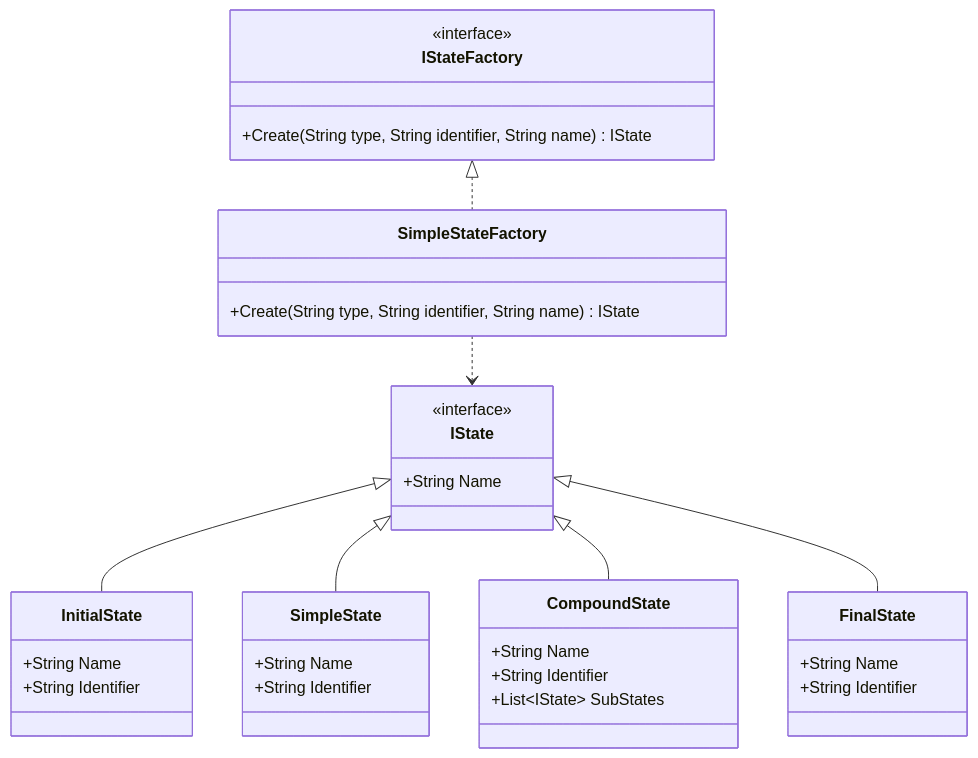
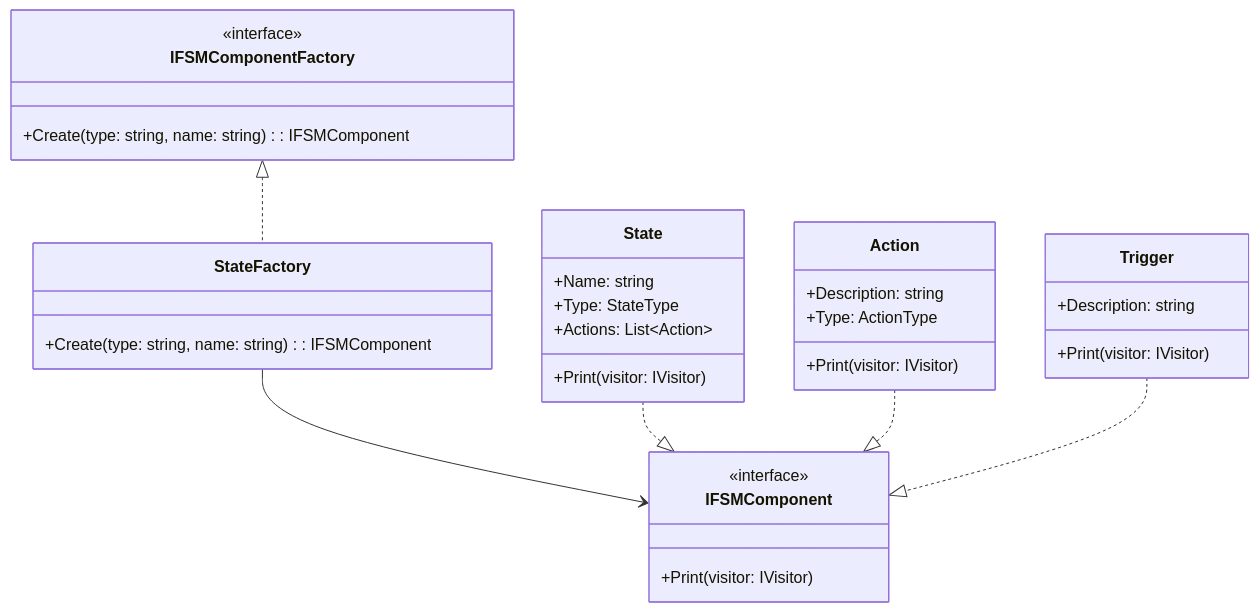
One commit to Barthol1/Avans-DPAT-2425 changed the third of 6 diagrams in README.md. Above: the diagram before and after it, drawn with Mermaid. The commit also changed other lines of this file and 8 other files, not shown here.

````diff
--- a/README.md
+++ b/README.md
@@ -280,44 +234,40 @@
 ```mermaid
 classDiagram
-    class IStateFactory {
+    class IFSMComponentFactory {
         <<interface>>
-        +Create(String type, String identifier, String name) IState
+        +Create(type: string, name: string): IFSMComponent
     }
-    
-    class SimpleStateFactory {
-        +Create(String type, String identifier, String name) IState
+
+    class StateFactory {
+        +Create(type: string, name: string): IFSMComponent
     }
-    
-    class IState {
+
+    class IFSMComponent {
         <<interface>>
-        +String Name
+        +Print(visitor: IVisitor)
     }
-    
-    class InitialState {
-        +String Name
-        +String Identifier
+
+    class State {
+        +Name: string
+        +Type: StateType
+        +Actions: List~Action~
+        +Print(visitor: IVisitor)
     }
-    
-    class SimpleState {
-        +String Name
-        +String Identifier
+
+    class Action {
+        +Description: string
+        +Type: ActionType
+        +Print(visitor: IVisitor)
     }
-    
-    class CompoundState {
-        +String Name
-        +String Identifier
-        +List~IState~ SubStates
+
+    class Trigger {
+        +Description: string
+        +Print(visitor: IVisitor)
     }
-    
-    class FinalState {
-        +String Name
-        +String Identifier
-    }
-    
-    IStateFactory <|.. SimpleStateFactory
-    SimpleStateFactory ..> IState
-    IState <|-- InitialState
-    IState <|-- SimpleState
-    IState <|-- CompoundState
-    IState <|-- FinalState
+
+    IFSMComponentFactory <|.. StateFactory
+    StateFactory --> IFSMComponent
+    State ..|> IFSMComponent
+    Action ..|> IFSMComponent
+    Trigger ..|> IFSMComponent
 ```
````
